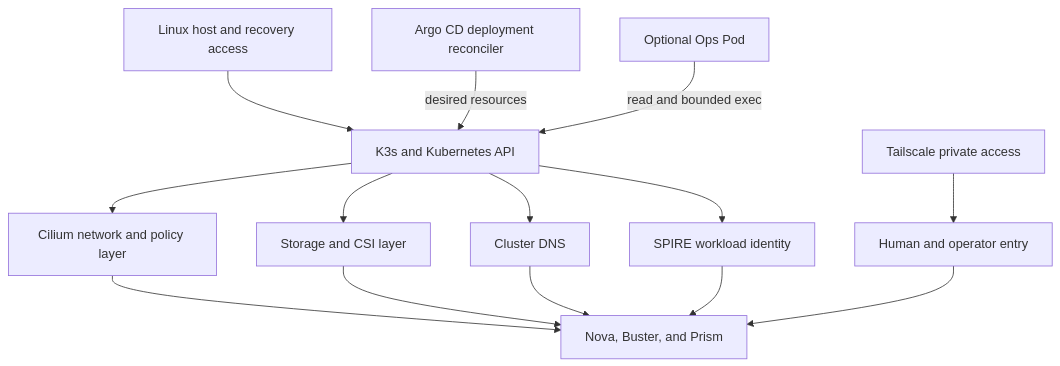
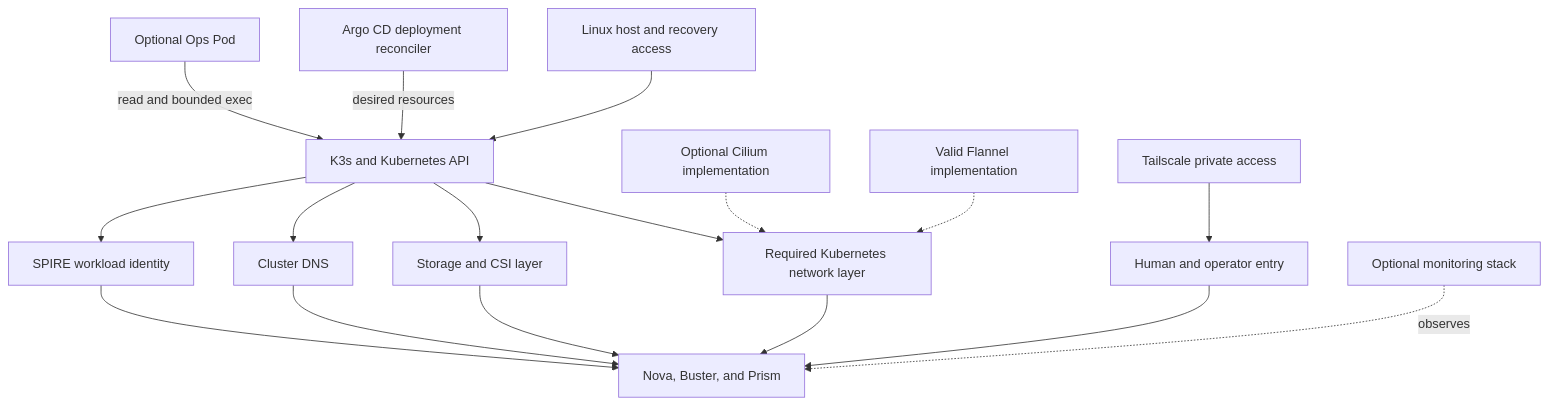
One commit to datrab/kubeclaw changed the diagram in docs/site/understand/platform-and-operations.md. Above: the diagram before and after it, drawn with Mermaid. The commit also changed other lines of this file and 5 other files, not shown here.

````diff
--- a/docs/site/understand/platform-and-operations.md
+++ b/docs/site/understand/platform-and-operations.md
@@ -25,16 +26,19 @@
 ```mermaid
 flowchart TB
     Host[Linux host and recovery access] --> K3s[K3s and Kubernetes API]
-    K3s --> Cilium[Cilium network and policy layer]
+    K3s --> Network[Required Kubernetes network layer]
+    Cilium[Optional Cilium implementation] -.-> Network
+    Flannel[Valid Flannel implementation] -.-> Network
     K3s --> Storage[Storage and CSI layer]
     K3s --> DNS[Cluster DNS]
     Argo[Argo CD deployment reconciler] -->|desired resources| K3s
     K3s --> SPIRE[SPIRE workload identity]
-    Cilium --> Runtime[Nova, Buster, and Prism]
+    Network --> Runtime[Nova, Buster, and Prism]
     Storage --> Runtime
     DNS --> Runtime
     SPIRE --> Runtime
     Tail[Tailscale private access] --> User[Human and operator entry]
     User --> Runtime
     Ops[Optional Ops Pod] -->|read and bounded exec| K3s
+    Monitor[Optional monitoring stack] -.->|observes| Runtime
 ```
````
